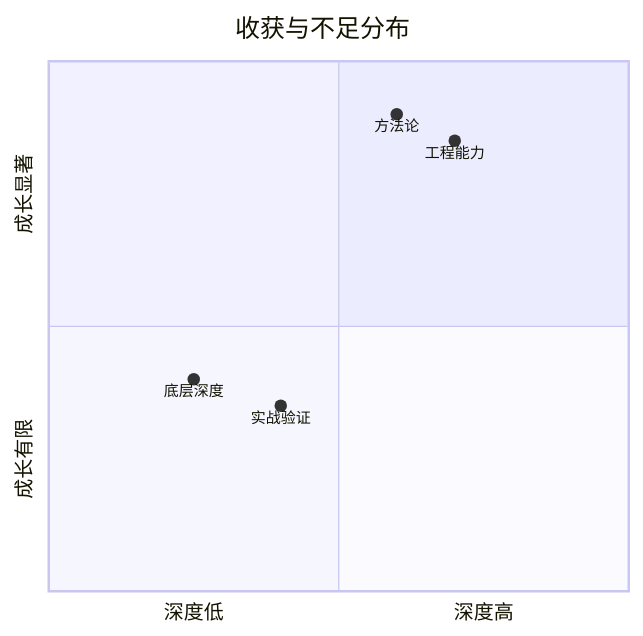
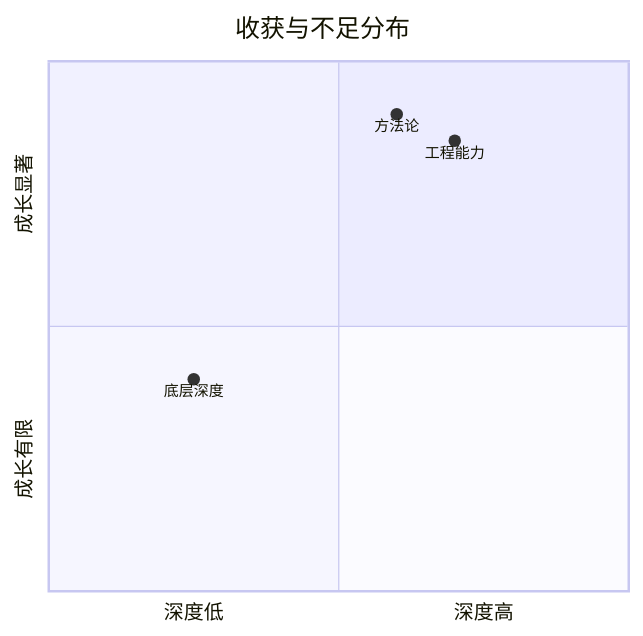
One commit to int2t05/internship changed diagram 11 of 12 in manuscript.md. Above: the diagram before and after it, drawn with Mermaid. The commit also changed other lines of this file and 1 other file, not shown here.

````diff
--- a/manuscript.md
+++ b/manuscript.md
@@ -402,10 +399,9 @@
 ```mermaid
 quadrantChart
     title 收获与不足分布
     x-axis "深度低" --> "深度高"
     y-axis "成长有限" --> "成长显著"
     "工程能力": [0.7, 0.85]
     "方法论": [0.6, 0.9]
     "底层深度": [0.25, 0.4]
-    "实战验证": [0.4, 0.35]
 ```
````
